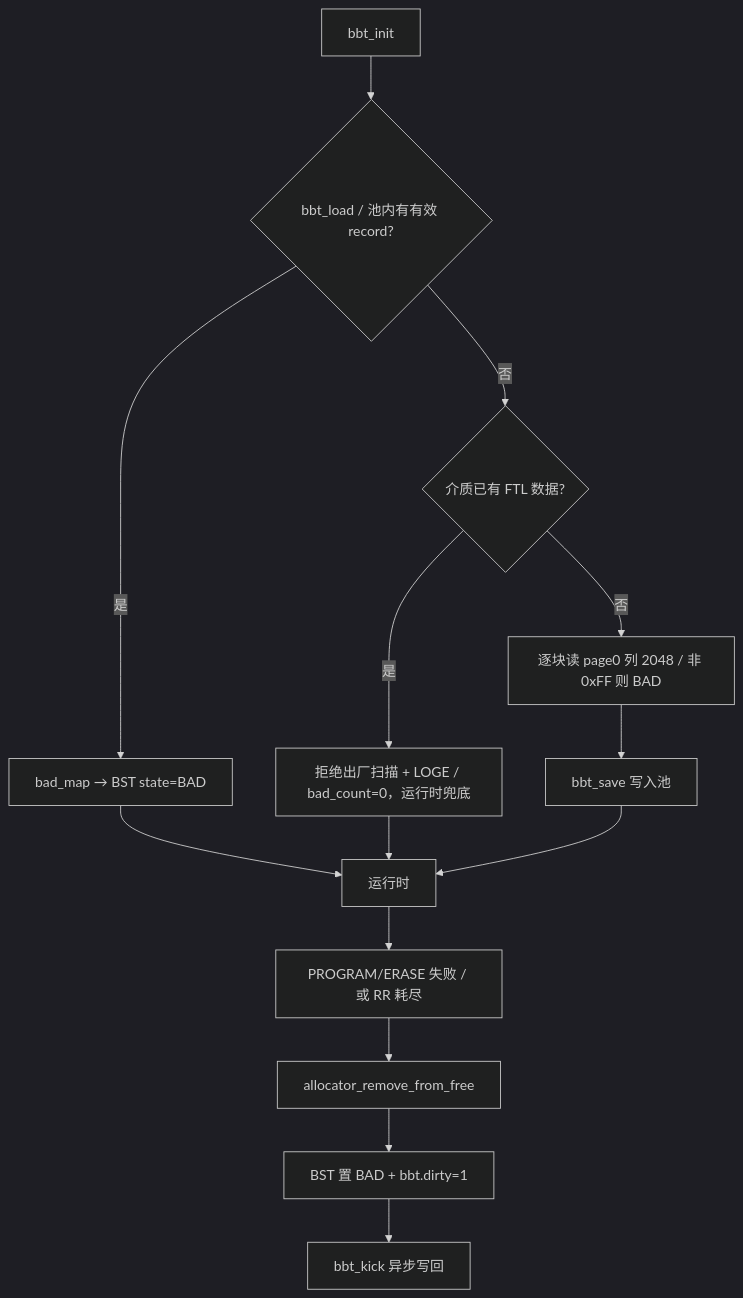
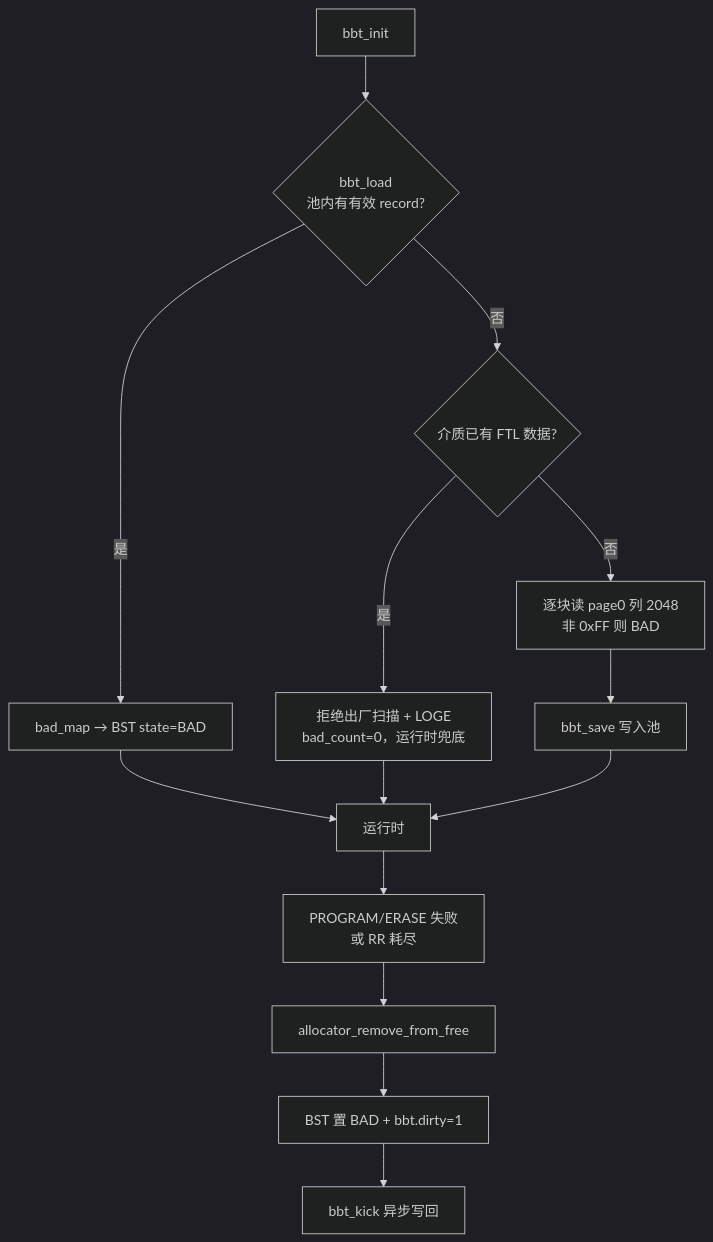
The fourth of 28 diagrams in docs/design/ftl_design.md (YzYMIAO/BASESSD), drawn with Mermaid (dark theme) before and after one commit. The commit also changed other lines of this file, not shown here.

First line of the commit message:
docs(ftl): 恢复 <br/>、清理 stateDiagram 标签

````diff
--- a/docs/design/ftl_design.md
+++ b/docs/design/ftl_design.md
@@ -841,16 +841,16 @@
 ```mermaid
 flowchart TD
-    INIT["bbt_init"] --> LOAD{"bbt_load / 池内有有效 record?"}
+    INIT["bbt_init"] --> LOAD{"bbt_load<br/>池内有有效 record?"}
     LOAD -- "是" --> REBUILD["bad_map → BST state=BAD"]
     LOAD -- "否" --> USED{"介质已有 FTL 数据?"}
-    USED -- "是" --> REJECT["拒绝出厂扫描 + LOGE / bad_count=0，运行时兜底"]
-    USED -- "否" --> SCAN["逐块读 page0 列 2048 / 非 0xFF 则 BAD"]
+    USED -- "是" --> REJECT["拒绝出厂扫描 + LOGE<br/>bad_count=0，运行时兜底"]
+    USED -- "否" --> SCAN["逐块读 page0 列 2048<br/>非 0xFF 则 BAD"]
     SCAN --> SAVE["bbt_save 写入池"]
     REBUILD --> RUN["运行时"]
     REJECT --> RUN
     SAVE --> RUN
-    RUN --> MARK["PROGRAM/ERASE 失败 / 或 RR 耗尽"]
+    RUN --> MARK["PROGRAM/ERASE 失败<br/>或 RR 耗尽"]
     MARK --> EXPEL["allocator_remove_from_free"]
     EXPEL --> BAD["BST 置 BAD + bbt.dirty=1"]
     BAD --> KICK["bbt_kick 异步写回"]
 ```
````
